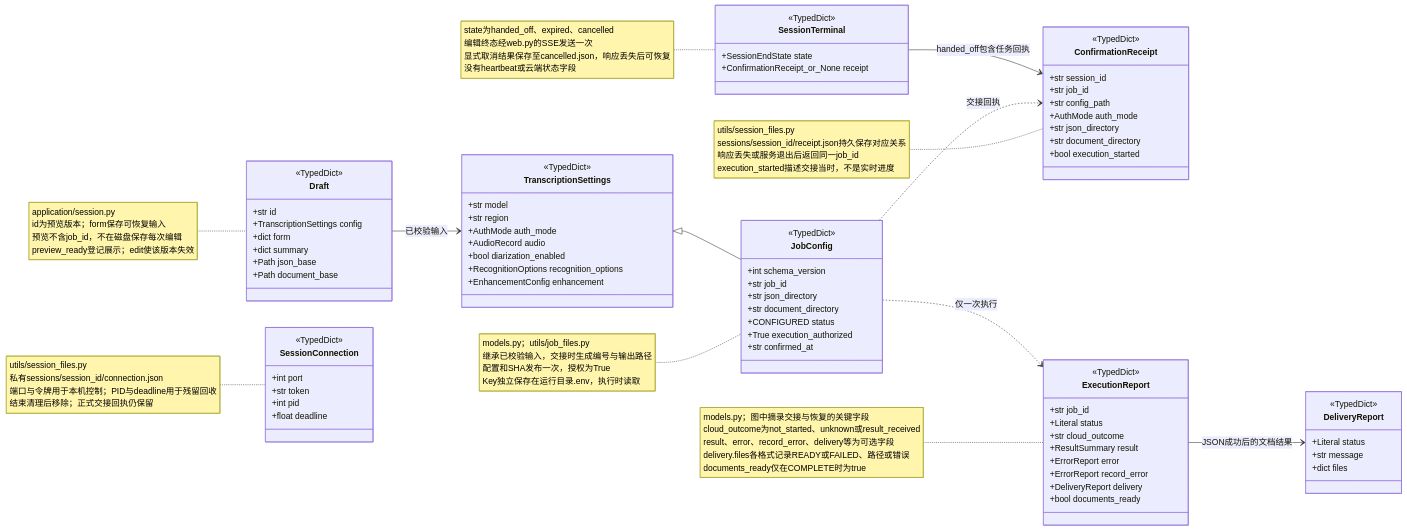
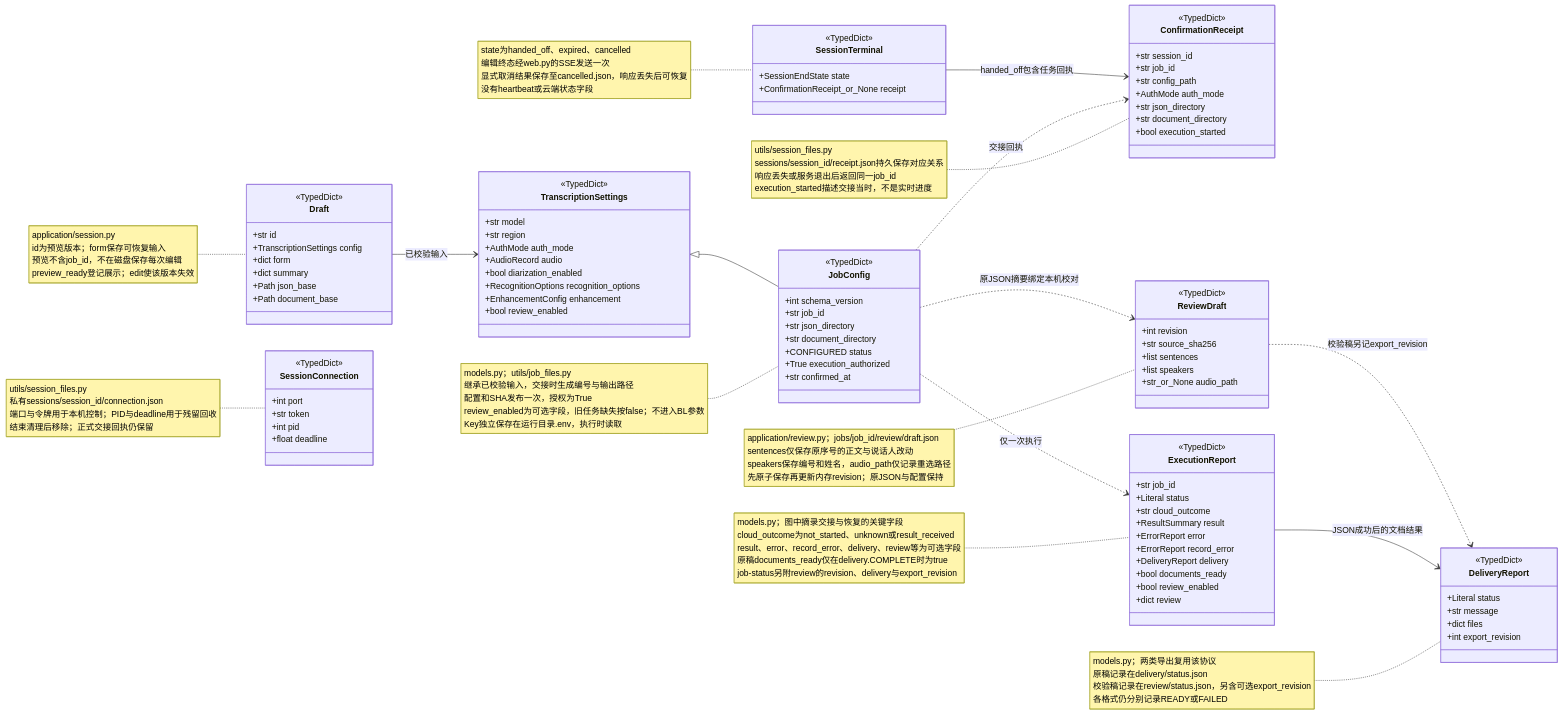
One commit to hx101700/memoflow changed the diagram in doc/uml/01c-protocol.mmd. Above: the diagram before and after it, drawn with Mermaid. The commit also changed 86 other files, not shown here.

```diff
--- a/doc/uml/01c-protocol.mmd
+++ b/doc/uml/01c-protocol.mmd
@@ -1,83 +1,99 @@
 classDiagram
 direction LR
 class TranscriptionSettings {
   <<TypedDict>>
   +str model
   +str region
   +AuthMode auth_mode
   +AudioRecord audio
   +bool diarization_enabled
   +RecognitionOptions recognition_options
   +EnhancementConfig enhancement
+  +bool review_enabled
 }
 class Draft {
   <<TypedDict>>
   +str id
   +TranscriptionSettings config
   +dict form
   +dict summary
   +Path json_base
   +Path document_base
 }
 class JobConfig {
   <<TypedDict>>
   +int schema_version
   +str job_id
   +str json_directory
   +str document_directory
   +CONFIGURED status
   +True execution_authorized
   +str confirmed_at
 }
 class ConfirmationReceipt {
   <<TypedDict>>
   +str session_id
   +str job_id
   +str config_path
   +AuthMode auth_mode
   +str json_directory
   +str document_directory
   +bool execution_started
 }
 class SessionConnection {
   <<TypedDict>>
   +int port
   +str token
   +int pid
   +float deadline
 }
 class SessionTerminal {
   <<TypedDict>>
   +SessionEndState state
   +ConfirmationReceipt_or_None receipt
 }
 class ExecutionReport {
   <<TypedDict>>
   +str job_id
   +Literal status
   +str cloud_outcome
   +ResultSummary result
   +ErrorReport error
   +ErrorReport record_error
   +DeliveryReport delivery
   +bool documents_ready
+  +bool review_enabled
+  +dict review
 }
 class DeliveryReport {
   <<TypedDict>>
   +Literal status
   +str message
   +dict files
+  +int export_revision
+}
+class ReviewDraft {
+  <<TypedDict>>
+  +int revision
+  +str source_sha256
+  +list sentences
+  +list speakers
+  +str_or_None audio_path
 }
 TranscriptionSettings <|-- JobConfig
 Draft --> TranscriptionSettings : 已校验输入
 JobConfig ..> ConfirmationReceipt : 交接回执
 SessionTerminal --> ConfirmationReceipt : handed_off包含任务回执
 JobConfig ..> ExecutionReport : 仅一次执行
 ExecutionReport --> DeliveryReport : JSON成功后的文档结果
+JobConfig ..> ReviewDraft : 原JSON摘要绑定本机校对
+ReviewDraft ..> DeliveryReport : 校验稿另记export_revision
 note for Draft "application/session.py<br/>id为预览版本；form保存可恢复输入<br/>预览不含job_id，不在磁盘保存每次编辑<br/>preview_ready登记展示；edit使该版本失效"
-note for JobConfig "models.py；utils/job_files.py<br/>继承已校验输入，交接时生成编号与输出路径<br/>配置和SHA发布一次，授权为True<br/>Key独立保存在运行目录.env，执行时读取"
+note for JobConfig "models.py；utils/job_files.py<br/>继承已校验输入，交接时生成编号与输出路径<br/>配置和SHA发布一次，授权为True<br/>review_enabled为可选字段，旧任务缺失按false；不进入BL参数<br/>Key独立保存在运行目录.env，执行时读取"
 note for ConfirmationReceipt "utils/session_files.py<br/>sessions/session_id/receipt.json持久保存对应关系<br/>响应丢失或服务退出后返回同一job_id<br/>execution_started描述交接当时，不是实时进度"
 note for SessionTerminal "state为handed_off、expired、cancelled<br/>编辑终态经web.py的SSE发送一次<br/>显式取消结果保存至cancelled.json，响应丢失后可恢复<br/>没有heartbeat或云端状态字段"
-note for ExecutionReport "models.py；图中摘录交接与恢复的关键字段<br/>cloud_outcome为not_started、unknown或result_received<br/>result、error、record_error、delivery等为可选字段<br/>delivery.files各格式记录READY或FAILED、路径或错误<br/>documents_ready仅在COMPLETE时为true"
+note for ExecutionReport "models.py；图中摘录交接与恢复的关键字段<br/>cloud_outcome为not_started、unknown或result_received<br/>result、error、record_error、delivery、review等为可选字段<br/>原稿documents_ready仅在delivery.COMPLETE时为true<br/>job-status另附review的revision、delivery与export_revision"
+note for ReviewDraft "application/review.py；jobs/job_id/review/draft.json<br/>sentences仅保存原序号的正文与说话人改动<br/>speakers保存编号和姓名，audio_path仅记录重选路径<br/>先原子保存再更新内存revision；原JSON与配置保持"
+note for DeliveryReport "models.py；两类导出复用该协议<br/>原稿记录在delivery/status.json<br/>校验稿记录在review/status.json，另含可选export_revision<br/>各格式仍分别记录READY或FAILED"
 
 note for SessionConnection "utils/session_files.py<br/>私有sessions/session_id/connection.json<br/>端口与令牌用于本机控制；PID与deadline用于残留回收<br/>结束清理后移除；正式交接回执仍保留"
```
